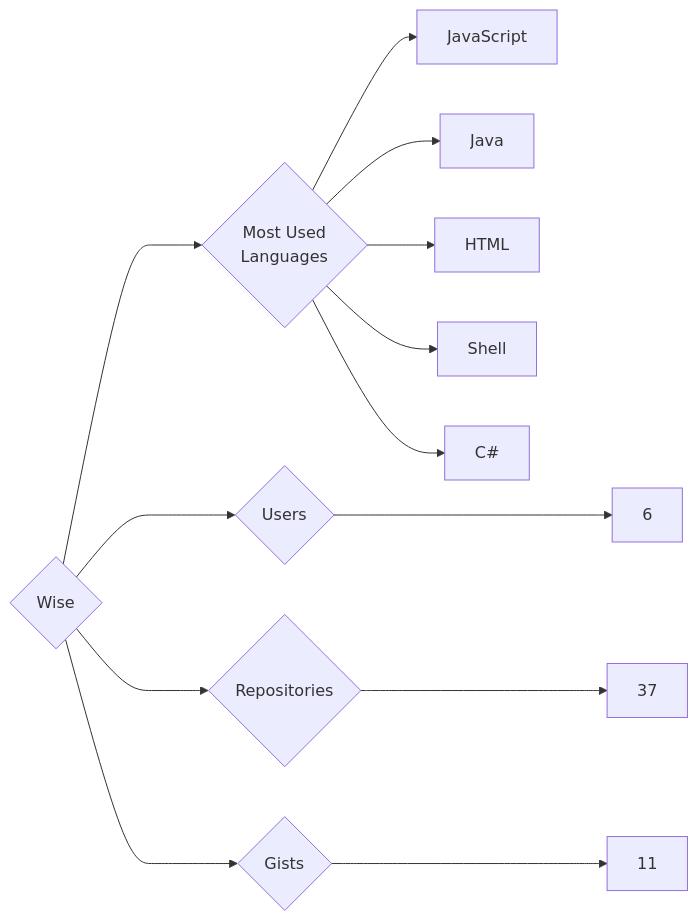
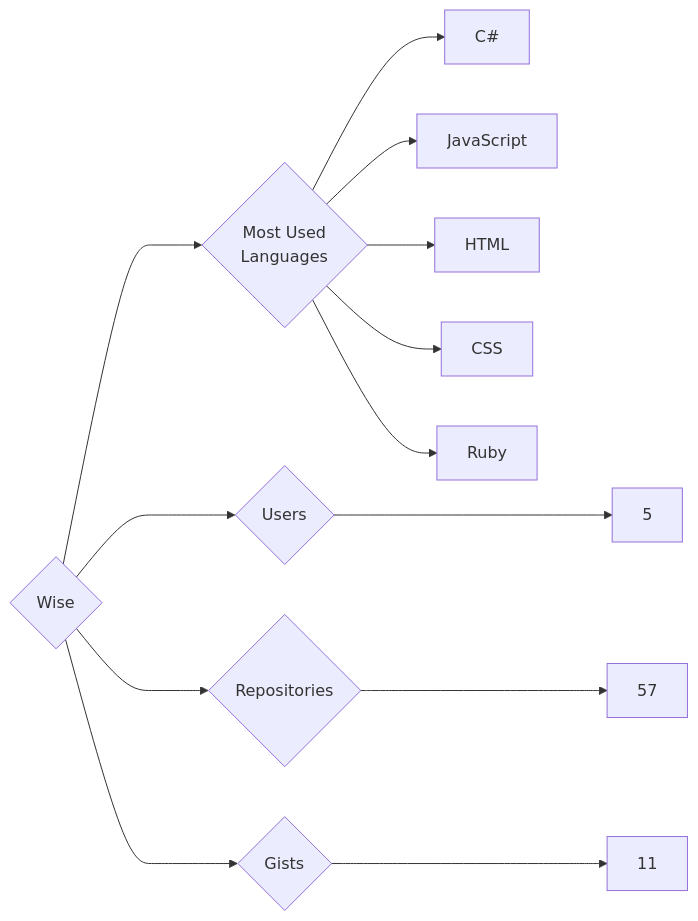
One commit to trickest/insiders changed the diagram in targets/Wise/README.md. Above: the diagram before and after it, drawn with Mermaid. The commit also changed 1248 other files, not shown here.

````diff
--- a/targets/Wise/README.md
+++ b/targets/Wise/README.md
@@ -3,13 +3,13 @@
 ```mermaid
 graph LR
 COMPANY_NAME{Wise}
-COMPANY_NAME ---> U{Users} ---> UN[6]
-COMPANY_NAME ---> R{Repositories} ---> RN[37]
+COMPANY_NAME ---> U{Users} ---> UN[5]
+COMPANY_NAME ---> R{Repositories} ---> RN[57]
 COMPANY_NAME ---> G{Gists} ---> GN[11]
 COMPANY_NAME ---> ML{Most Used<br>Languages}
+ML --> C#[C#]
 ML --> JavaScript[JavaScript]
-ML --> Java[Java]
 ML --> HTML[HTML]
-ML --> Shell[Shell]
-ML --> C#[C#]
+ML --> CSS[CSS]
+ML --> Ruby[Ruby]
 ```
````
